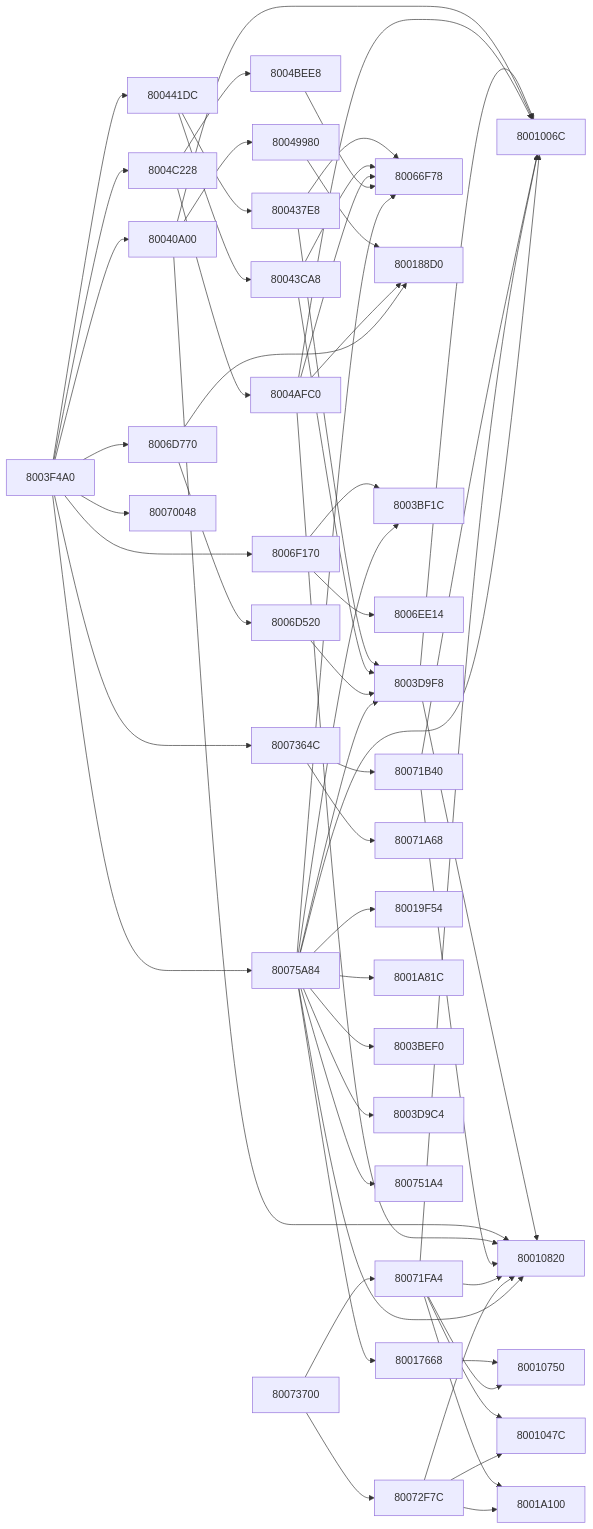
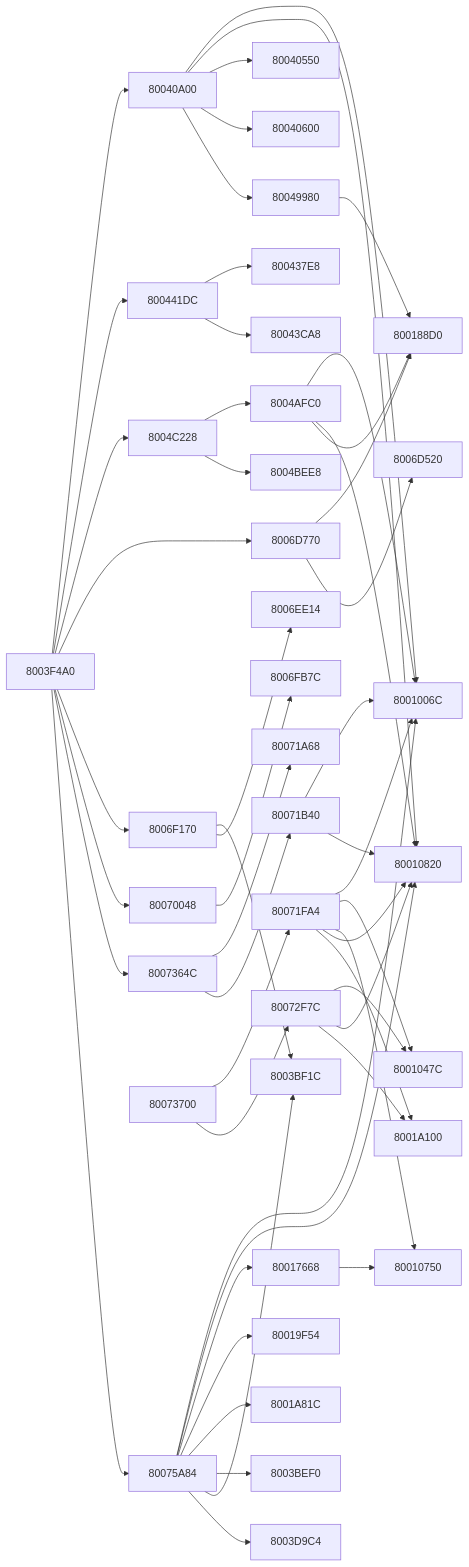
Before and after one commit to kai-luni/Future-Cop-L.A.P.D-PS1: diagram 11 of 11 in docs/FUNCTION_MAP.md, drawn with Mermaid. The commit also changed other lines of this file, not shown here.

````diff
--- a/docs/FUNCTION_MAP.md
+++ b/docs/FUNCTION_MAP.md
@@ -4051,8 +4505,6 @@
 ```mermaid
 graph LR
     f80017668 --> f80010750
-    f8003d9f8 --> f8001006c
-    f8003d9f8 --> f80010820
     f8003f4a0 --> f80040a00
     f8003f4a0 --> f800441dc
     f8003f4a0 --> f8004c228
@@ -4063,26 +4515,22 @@
     f8003f4a0 --> f80075a84
     f80040a00 --> f8001006c
     f80040a00 --> f80010820
+    f80040a00 --> f80040550
+    f80040a00 --> f80040600
     f80040a00 --> f80049980
-    f800437e8 --> f8003d9f8
-    f800437e8 --> f80066f78
-    f80043ca8 --> f8003d9f8
-    f80043ca8 --> f80066f78
     f800441dc --> f800437e8
     f800441dc --> f80043ca8
     f80049980 --> f800188d0
     f8004afc0 --> f8001006c
     f8004afc0 --> f80010820
     f8004afc0 --> f800188d0
-    f8004afc0 --> f80066f78
-    f8004bee8 --> f80066f78
     f8004c228 --> f8004afc0
     f8004c228 --> f8004bee8
-    f8006d520 --> f8003d9f8
     f8006d770 --> f800188d0
     f8006d770 --> f8006d520
     f8006f170 --> f8003bf1c
     f8006f170 --> f8006ee14
+    f80070048 --> f8006fb7c
     f80071b40 --> f8001006c
     f80071b40 --> f80010820
     f80071fa4 --> f8001006c
@@ -4105,9 +4553,6 @@
     f80075a84 --> f8003bef0
     f80075a84 --> f8003bf1c
     f80075a84 --> f8003d9c4
-    f80075a84 --> f8003d9f8
-    f80075a84 --> f80066f78
-    f80075a84 --> f800751a4
     f8001006c["8001006C"]
     f8001047c["8001047C"]
     f80010750["80010750"]
@@ -4120,8 +4565,9 @@
     f8003bef0["8003BEF0"]
     f8003bf1c["8003BF1C"]
     f8003d9c4["8003D9C4"]
-    f8003d9f8["8003D9F8"]
     f8003f4a0["8003F4A0"]
+    f80040550["80040550"]
+    f80040600["80040600"]
     f80040a00["80040A00"]
     f800437e8["800437E8"]
     f80043ca8["80043CA8"]
@@ -4130,11 +4576,11 @@
     f8004afc0["8004AFC0"]
     f8004bee8["8004BEE8"]
     f8004c228["8004C228"]
-    f80066f78["80066F78"]
     f8006d520["8006D520"]
     f8006d770["8006D770"]
     f8006ee14["8006EE14"]
     f8006f170["8006F170"]
+    f8006fb7c["8006FB7C"]
     f80070048["80070048"]
     f80071a68["80071A68"]
     f80071b40["80071B40"]
@@ -4142,6 +4588,5 @@
     f80072f7c["80072F7C"]
     f8007364c["8007364C"]
     f80073700["80073700"]
-    f800751a4["800751A4"]
     f80075a84["80075A84"]
 ```
````
